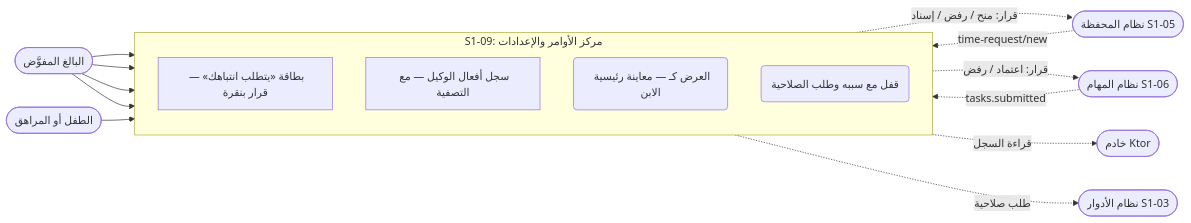
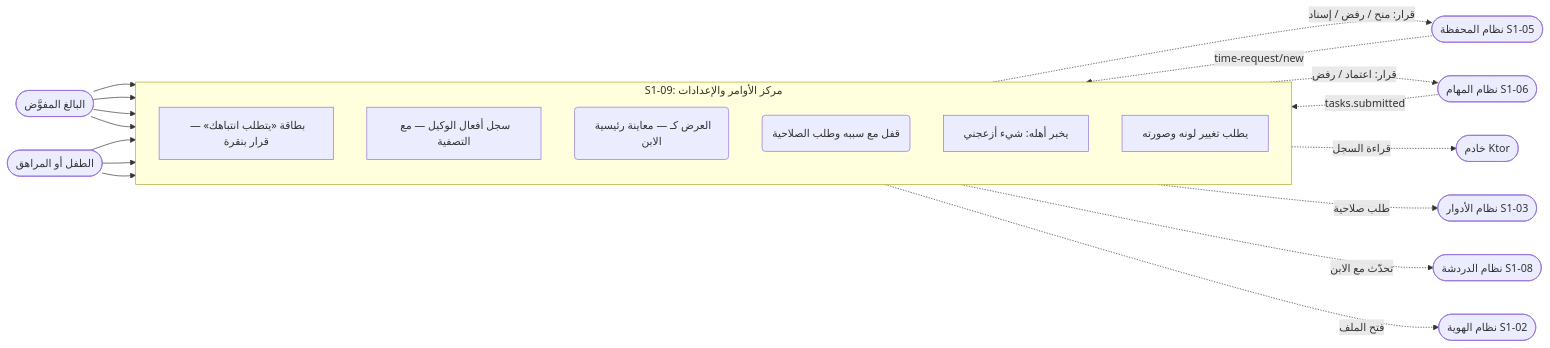
Before and after one commit to Bassam-mohammed-alqaeadi/family-os-v2: the fourth of 34 diagrams in docs/family-os/governance/phases/phase-1/S1-09-command-center-and-settings/DIAGRAMS.md, drawn with Mermaid. The commit also changed other lines of this file, not shown here.

Commit message:
Q-440: S1-09 — تسلسل طلبات الابن 3-ك وبطاقات الإقران وإزالة الاقتباس

````diff
--- a/docs/family-os/governance/phases/phase-1/S1-09-command-center-and-settings/DIAGRAMS.md
+++ b/docs/family-os/governance/phases/phase-1/S1-09-command-center-and-settings/DIAGRAMS.md
@@ -162,27 +162,35 @@
 ```mermaid
 flowchart LR
     Adult([البالغ المفوَّض])
     Child([الطفل أو المراهق])
     subgraph S109 [S1-09: مركز الأوامر والإعدادات]
         direction TB
         UC15["بطاقة «يتطلب انتباهك» — قرار بنقرة"]
         UC16[سجل أفعال الوكيل — مع التصفية]
         UC17(العرض كـ — معاينة رئيسية الابن)
         UC20(قفل مع سببه وطلب الصلاحية)
+        UC21["يخبر أهله: شيء أزعجني"]
+        UC22["يطلب تغيير لونه وصورته"]
     end
     S105([نظام المحفظة S1-05])
     S106([نظام المهام S1-06])
     S103([نظام الأدوار S1-03])
+    S108([نظام الدردشة S1-08])
+    S102([نظام الهوية S1-02])
     Server([خادم Ktor])
     Adult --> UC15
     Adult --> UC16
     Adult --> UC17
     Adult --> UC20
     Child --> UC16
+    Child --> UC21
+    Child --> UC22
     S106 -.->|tasks.submitted| UC15
     S105 -.->|time-request/new| UC15
     UC15 -.->|قرار: منح / رفض / إسناد| S105
     UC15 -.->|قرار: اعتماد / رفض| S106
     UC16 -.->|قراءة السجل| Server
     UC20 -.->|طلب صلاحية| S103
+    UC21 -.->|تحدّث مع الابن| S108
+    UC22 -.->|فتح الملف| S102
 ```
````
